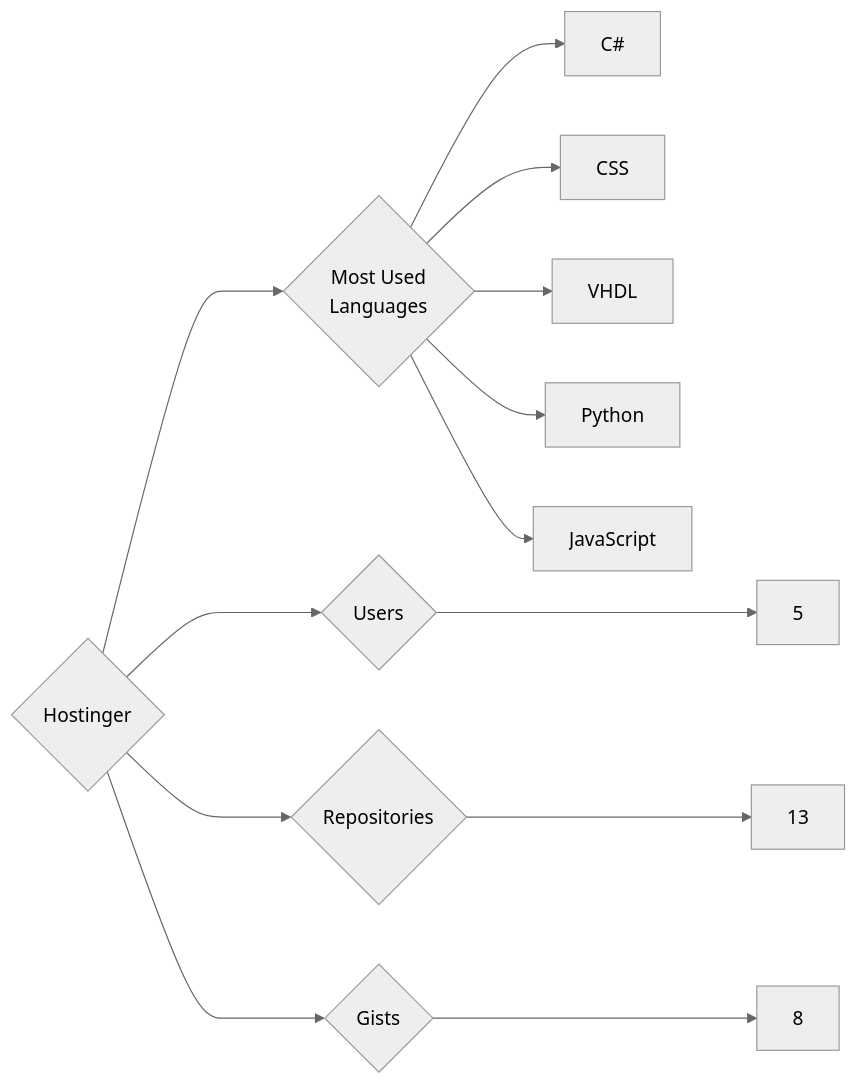
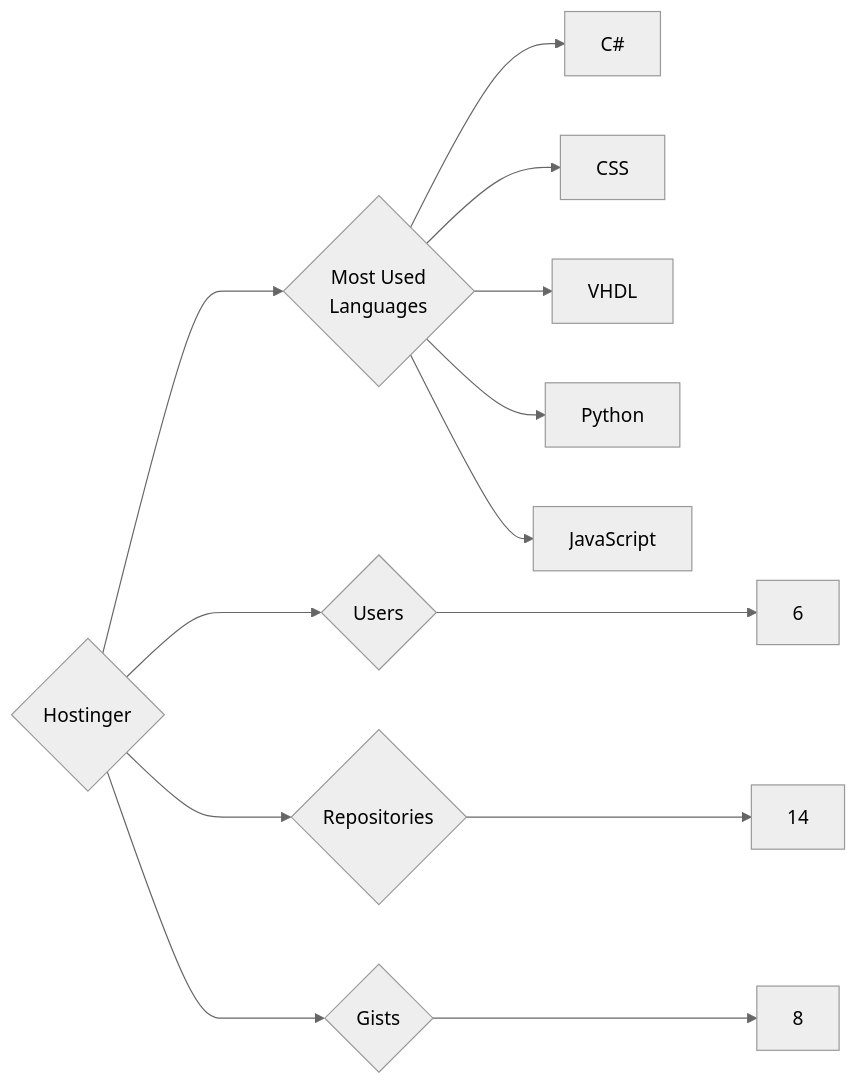
The diagram in targets/Hostinger/README.md (trickest/insiders), drawn with Mermaid (neutral theme) before and after one commit. The commit also changed 1123 other files, not shown here.

````diff
--- a/targets/Hostinger/README.md
+++ b/targets/Hostinger/README.md
@@ -3,13 +3,13 @@
 ```mermaid
 graph LR
 COMPANY_NAME{Hostinger}
-COMPANY_NAME ---> U{Users} ---> UN[5]
-COMPANY_NAME ---> R{Repositories} ---> RN[13]
+COMPANY_NAME ---> U{Users} ---> UN[6]
+COMPANY_NAME ---> R{Repositories} ---> RN[14]
 COMPANY_NAME ---> G{Gists} ---> GN[8]
 COMPANY_NAME ---> ML{Most Used<br>Languages}
 ML --> C#[C#]
 ML --> CSS[CSS]
 ML --> VHDL[VHDL]
 ML --> Python[Python]
 ML --> JavaScript[JavaScript]
 ```
````
